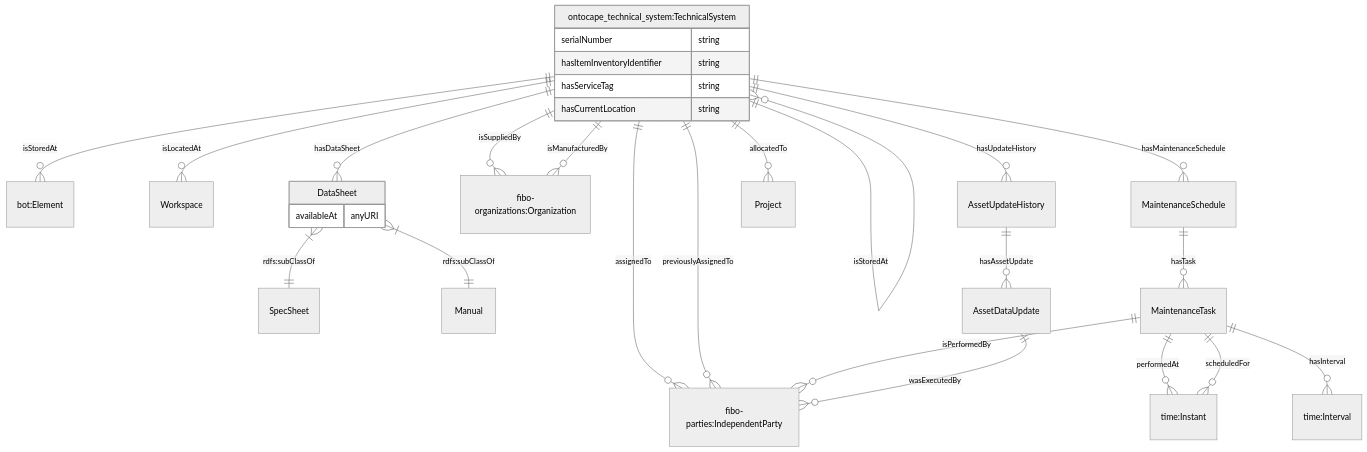
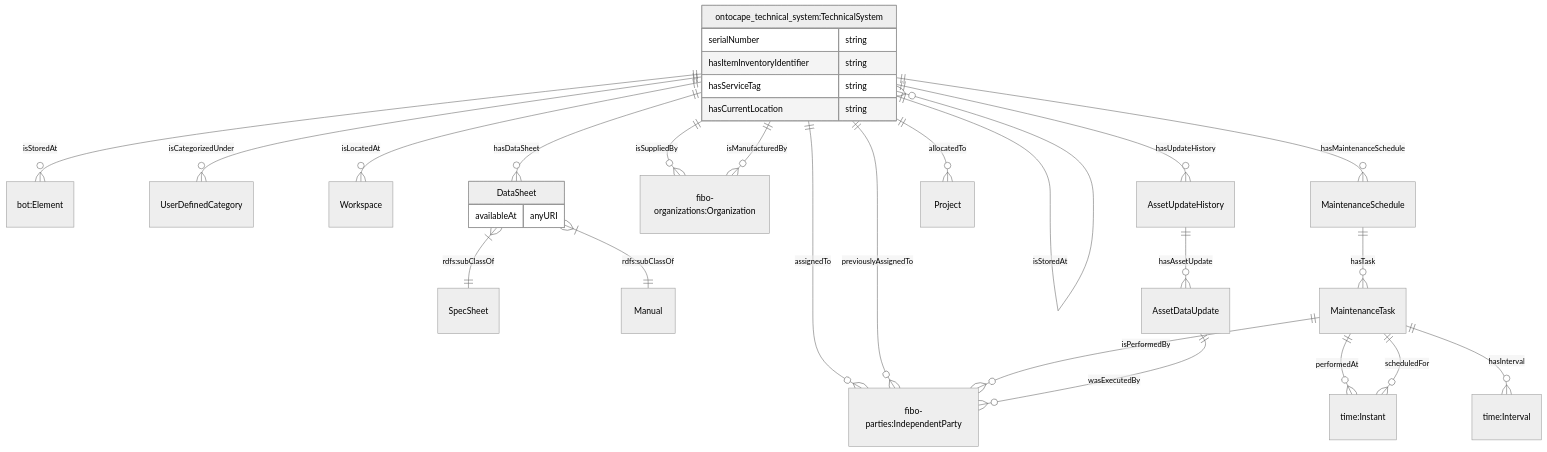
One commit to cambridge-cares/TheWorldAvatar changed the eighth of 10 diagrams in JPS_Ontology/ontology/ontoassetmanagement/README.MD. Above: the diagram before and after it, drawn with Mermaid (neutral theme). The commit also changed other lines of this file, not shown here.

Commit message:
1732-dev-add-concepts-to-ontoassetmanagement: Edit README to include additional concepts

````diff
--- a/JPS_Ontology/ontology/ontoassetmanagement/README.MD
+++ b/JPS_Ontology/ontology/ontoassetmanagement/README.MD
@@ -193,32 +194,33 @@
 ```mermaid
     erDiagram
     "ontocape_technical_system:TechnicalSystem" ||--o{ "bot:Element" : isStoredAt
+    "ontocape_technical_system:TechnicalSystem" ||--o{ "UserDefinedCategory" : isCategorizedUnder
     "ontocape_technical_system:TechnicalSystem" ||--o{ "ontocape_technical_system:TechnicalSystem" : isStoredAt
     "ontocape_technical_system:TechnicalSystem" ||--o{ "fibo-parties:IndependentParty" : assignedTo
     "ontocape_technical_system:TechnicalSystem" ||--o{ "fibo-parties:IndependentParty" : previouslyAssignedTo
     "ontocape_technical_system:TechnicalSystem" ||--o{ "Workspace" : isLocatedAt
     "ontocape_technical_system:TechnicalSystem" ||--o{ "MaintenanceSchedule" : hasMaintenanceSchedule
     "ontocape_technical_system:TechnicalSystem" ||--o{ "fibo-organizations:Organization" : isSuppliedBy
     "ontocape_technical_system:TechnicalSystem" ||--o{ "fibo-organizations:Organization" : isManufacturedBy
     "ontocape_technical_system:TechnicalSystem" ||--o{ "DataSheet" : hasDataSheet
     "DataSheet" }|--|| "SpecSheet" : "rdfs:subClassOf"
     "DataSheet" }|--|| "Manual" : "rdfs:subClassOf"
     "DataSheet" {
         availableAt anyURI
     }
     "MaintenanceSchedule" ||--o{ "MaintenanceTask" : hasTask
     "MaintenanceTask" ||--o{ "time:Instant" : performedAt
     "MaintenanceTask" ||--o{ "time:Instant" : scheduledFor
     "MaintenanceTask" ||--o{ "fibo-parties:IndependentParty" : isPerformedBy
     "MaintenanceTask" ||--o{ "time:Interval" : hasInterval
     "ontocape_technical_system:TechnicalSystem" ||--o{ "AssetUpdateHistory" : hasUpdateHistory
     "AssetUpdateHistory" ||--o{ "AssetDataUpdate" : hasAssetUpdate
     "AssetDataUpdate" ||--o{ "fibo-parties:IndependentParty" : wasExecutedBy
     "ontocape_technical_system:TechnicalSystem" ||--o{ "Project" : allocatedTo
     "ontocape_technical_system:TechnicalSystem" {
         serialNumber string
         hasItemInventoryIdentifier string
         hasServiceTag string
         hasCurrentLocation string
     }
 ```
````
